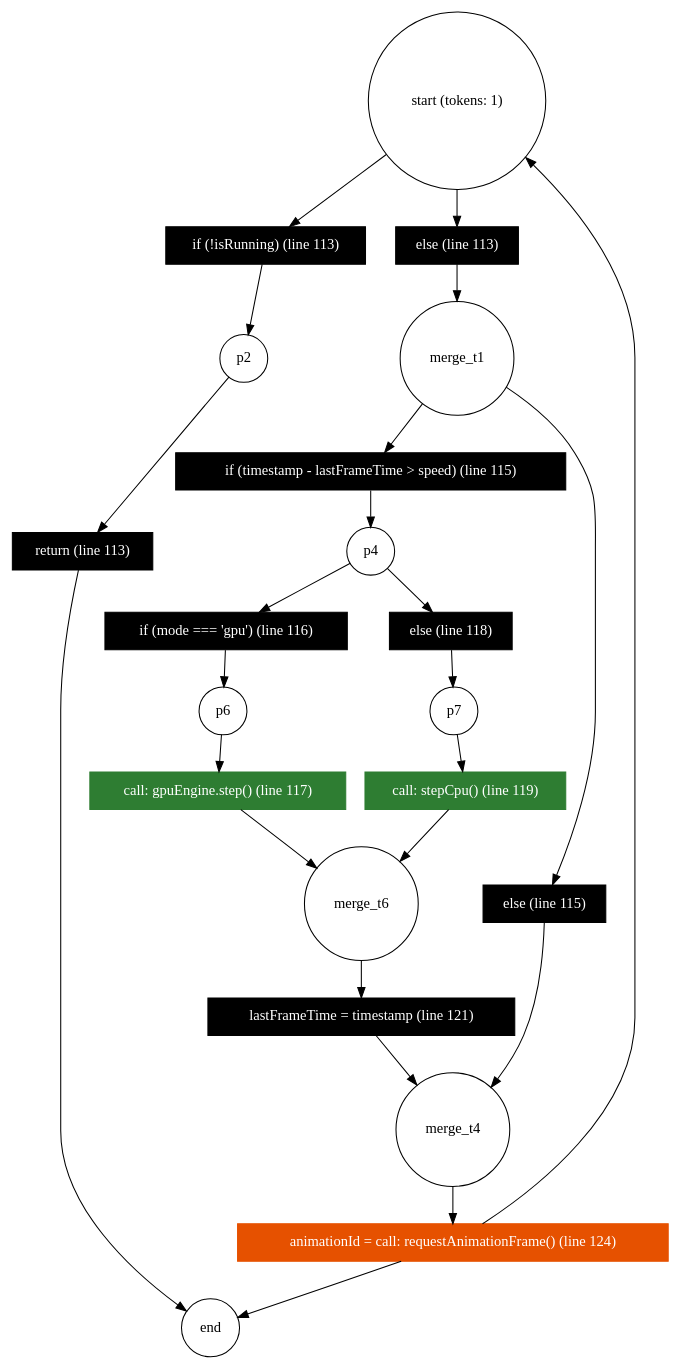
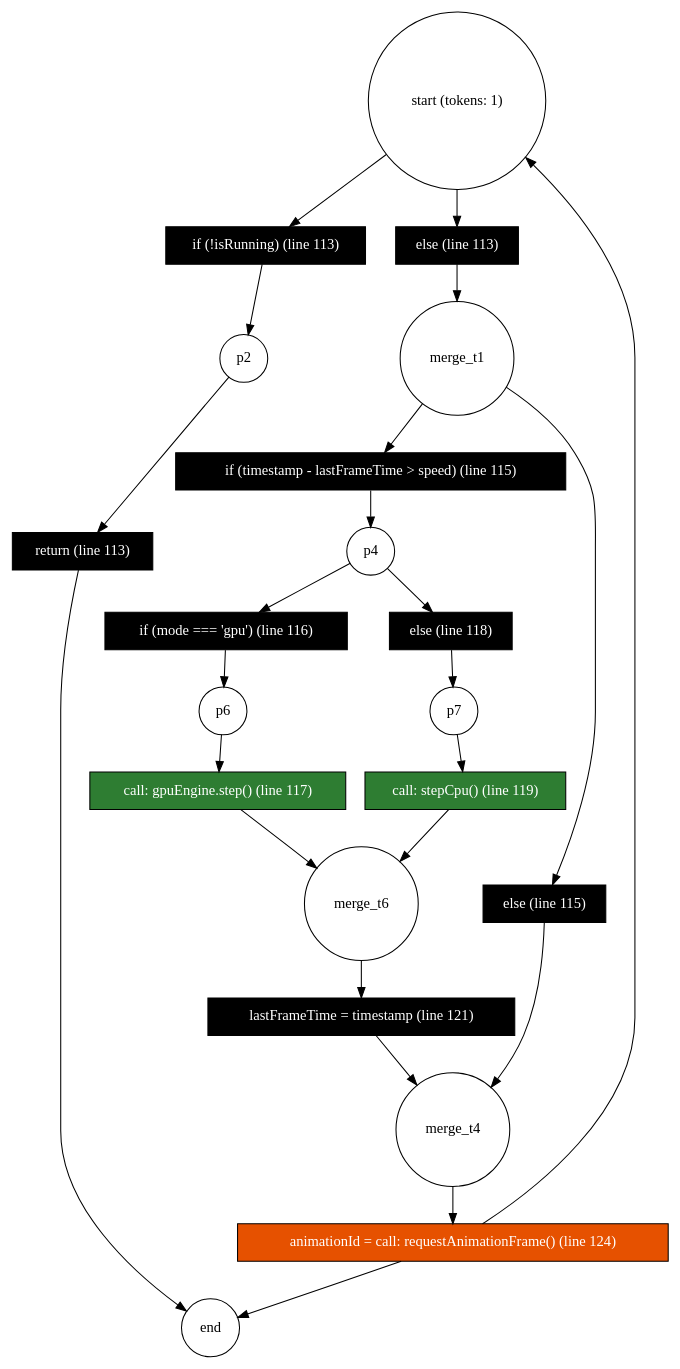
The diagram in .scratch/code2petri/graphs/GameOfLife-260911/app_loop.dot (ric6121824/code2petri), drawn with Graphviz before and after one commit. The commit also changed 33 other files, not shown here.

```diff
--- a/.scratch/code2petri/graphs/GameOfLife-260911/app_loop.dot
+++ b/.scratch/code2petri/graphs/GameOfLife-260911/app_loop.dot
@@ -1,52 +1,52 @@
 digraph PetriNet {
     rankdir=TB;
 
     // Places
     "p0" [shape=circle, label="start (tokens: 1)"];
     "p_end" [shape=circle, label="end"];
     "p1" [shape=circle, label="merge_t1"];
     "p2" [shape=circle, label="p2"];
     "p3" [shape=circle, label="merge_t4"];
     "p4" [shape=circle, label="p4"];
     "p5" [shape=circle, label="merge_t6"];
     "p6" [shape=circle, label="p6"];
     "p7" [shape=circle, label="p7"];
 
     // Transitions
     "t1" [shape=rect, style=filled, fillcolor=black, fontcolor=white, label="if (!isRunning) (line 113)"];
     "t2" [shape=rect, style=filled, fillcolor=black, fontcolor=white, label="else (line 113)"];
     "t3" [shape=rect, style=filled, fillcolor=black, fontcolor=white, label="return (line 113)"];
     "t4" [shape=rect, style=filled, fillcolor=black, fontcolor=white, label="if (timestamp - lastFrameTime > speed) (line 115)"];
     "t5" [shape=rect, style=filled, fillcolor=black, fontcolor=white, label="else (line 115)"];
     "t6" [shape=rect, style=filled, fillcolor=black, fontcolor=white, label="if (mode === 'gpu') (line 116)"];
     "t7" [shape=rect, style=filled, fillcolor=black, fontcolor=white, label="else (line 118)"];
-    "t8" [shape=rect, style=filled, fillcolor="#2e7d32", fontcolor=white, label="call: gpuEngine.step() (line 117)", color="#2e7d32", tooltip="Resolved to WebGLEngine.step in /Users/pingchungtsai/My Drive (ric6121824@gmail.com)/Digital Media MSc/Semester 4/GameOfLife_Simulator/webgl-engine.js"];
-    "t9" [shape=rect, style=filled, fillcolor="#2e7d32", fontcolor=white, label="call: stepCpu() (line 119)", color="#2e7d32", tooltip="Resolved to stepCpu in /Users/pingchungtsai/My Drive (ric6121824@gmail.com)/Digital Media MSc/Semester 4/GameOfLife_Simulator/app.js"];
+    "t8" [shape=rect, style=filled, fillcolor="#2e7d32", fontcolor=white, label="call: gpuEngine.step() (line 117)", tooltip="Resolved to WebGLEngine.step in /Users/pingchungtsai/My Drive (ric6121824@gmail.com)/Digital Media MSc/Semester 4/GameOfLife_Simulator/webgl-engine.js"];
+    "t9" [shape=rect, style=filled, fillcolor="#2e7d32", fontcolor=white, label="call: stepCpu() (line 119)", tooltip="Resolved to stepCpu in /Users/pingchungtsai/My Drive (ric6121824@gmail.com)/Digital Media MSc/Semester 4/GameOfLife_Simulator/app.js"];
     "t10" [shape=rect, style=filled, fillcolor=black, fontcolor=white, label="lastFrameTime = timestamp (line 121)"];
-    "t11" [shape=rect, style=filled, fillcolor="#e65100", fontcolor=white, label="animationId = call: requestAnimationFrame() (line 124)", color="#e65100", tooltip="Unresolved call"];
+    "t11" [shape=rect, style=filled, fillcolor="#e65100", fontcolor=white, label="animationId = call: requestAnimationFrame() (line 124)", tooltip="Unresolved call"];
 
     // Arcs
     "p0" -> "t1";
     "p0" -> "t2";
     "t1" -> "p2";
     "p2" -> "t3";
     "t3" -> "p_end";
     "t2" -> "p1";
     "p1" -> "t4";
     "p1" -> "t5";
     "t4" -> "p4";
     "p4" -> "t6";
     "p4" -> "t7";
     "t6" -> "p6";
     "p6" -> "t8";
     "t8" -> "p5";
     "t7" -> "p7";
     "p7" -> "t9";
     "t9" -> "p5";
     "p5" -> "t10";
     "t10" -> "p3";
     "t5" -> "p3";
     "p3" -> "t11";
     "t11" -> "p0";
     "t11" -> "p_end";
 }
```
